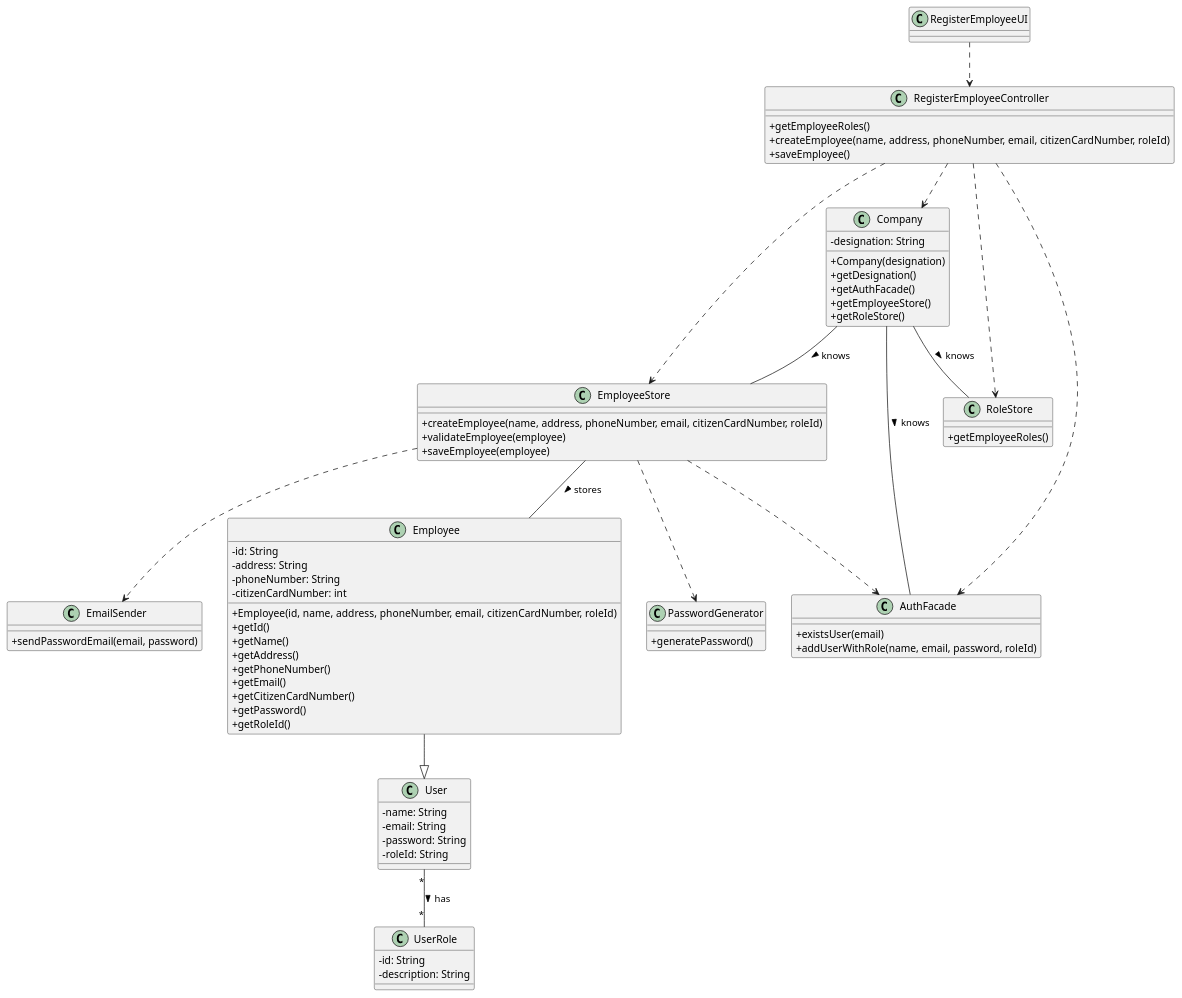
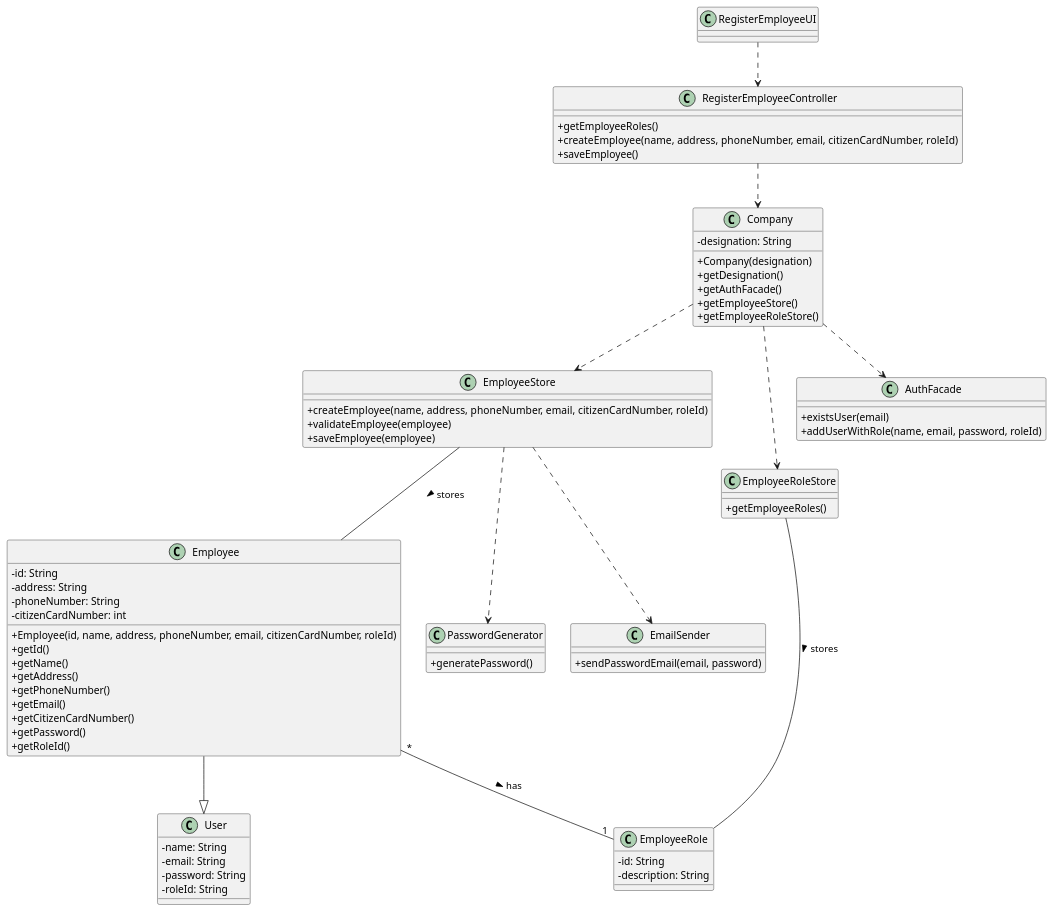
Before and after one commit to miseEnPlace-i/lapr2: the diagram in docs/SprintB/US10/CD/US10_CD.puml, drawn with PlantUML. The commit also changed 1 other file, not shown here.

Commit message:
docs(us-10): updated cd - user employee relation

```diff
--- a/docs/SprintB/US10/CD/US10_CD.puml
+++ b/docs/SprintB/US10/CD/US10_CD.puml
@@ -1,93 +1,94 @@
 @startuml US10_CD
 skinparam classAttributeIconSize 0
 
 class RegisterEmployeeUI {
 }
 
 class RegisterEmployeeController {
   +getEmployeeRoles()
   +createEmployee(name, address, phoneNumber, email, citizenCardNumber, roleId)
   +saveEmployee()
 }
 
 class Company {
   -designation: String
   +Company(designation)
   +getDesignation()
   +getAuthFacade()
   +getEmployeeStore()
-  +getRoleStore()
+  +getEmployeeRoleStore()
 }
 
 class EmployeeStore {
   +createEmployee(name, address, phoneNumber, email, citizenCardNumber, roleId)
   +validateEmployee(employee)
   +saveEmployee(employee)
 }
 
 class Employee {
   -id: String
   -address: String
   -phoneNumber: String
   -citizenCardNumber: int
   +Employee(id, name, address, phoneNumber, email, citizenCardNumber, roleId)
   +getId()
   +getName()
   +getAddress()
   +getPhoneNumber()
   +getEmail()
   +getCitizenCardNumber()
   +getPassword()
   +getRoleId()
 }
 
-class RoleStore {
+class EmployeeRoleStore {
   +getEmployeeRoles()
 }
 
 class AuthFacade {
   +existsUser(email)
   +addUserWithRole(name, email, password, roleId)
 }
 
 class PasswordGenerator {
   +generatePassword()
 }
 
 class EmailSender {
   +sendPasswordEmail(email, password)
 }
 
 class User {
   -name: String
   -email: String
   -password: String
   -roleId: String
 }
 
-class UserRole {
+class EmployeeRole {
   -id: String
   -description: String
 }
 
 RegisterEmployeeUI ..> RegisterEmployeeController
 
-RegisterEmployeeController ..> EmployeeStore
+' RegisterEmployeeController ..> EmployeeStore
 RegisterEmployeeController ..> Company
-RegisterEmployeeController ..> AuthFacade
-RegisterEmployeeController ..> RoleStore
+' RegisterEmployeeController ..> AuthFacade
+' RegisterEmployeeController ..> EmployeeRoleStore
 
-EmployeeStore ..> AuthFacade
+' EmployeeStore ..> AuthFacade
 EmployeeStore ..> PasswordGenerator
 EmployeeStore ..> EmailSender
 EmployeeStore -- Employee : stores >
 
-Company -- AuthFacade : knows >
-Company -- EmployeeStore : knows >
-Company -- RoleStore : knows >
+Company ..> AuthFacade
+Company ..> EmployeeStore
+Company ..> EmployeeRoleStore
 
 Employee --|> User
+Employee "*" -- "1" EmployeeRole : has >
 
-User "*" -- "*" UserRole : has >
+EmployeeRoleStore -- EmployeeRole : stores >
 
 @enduml
```
